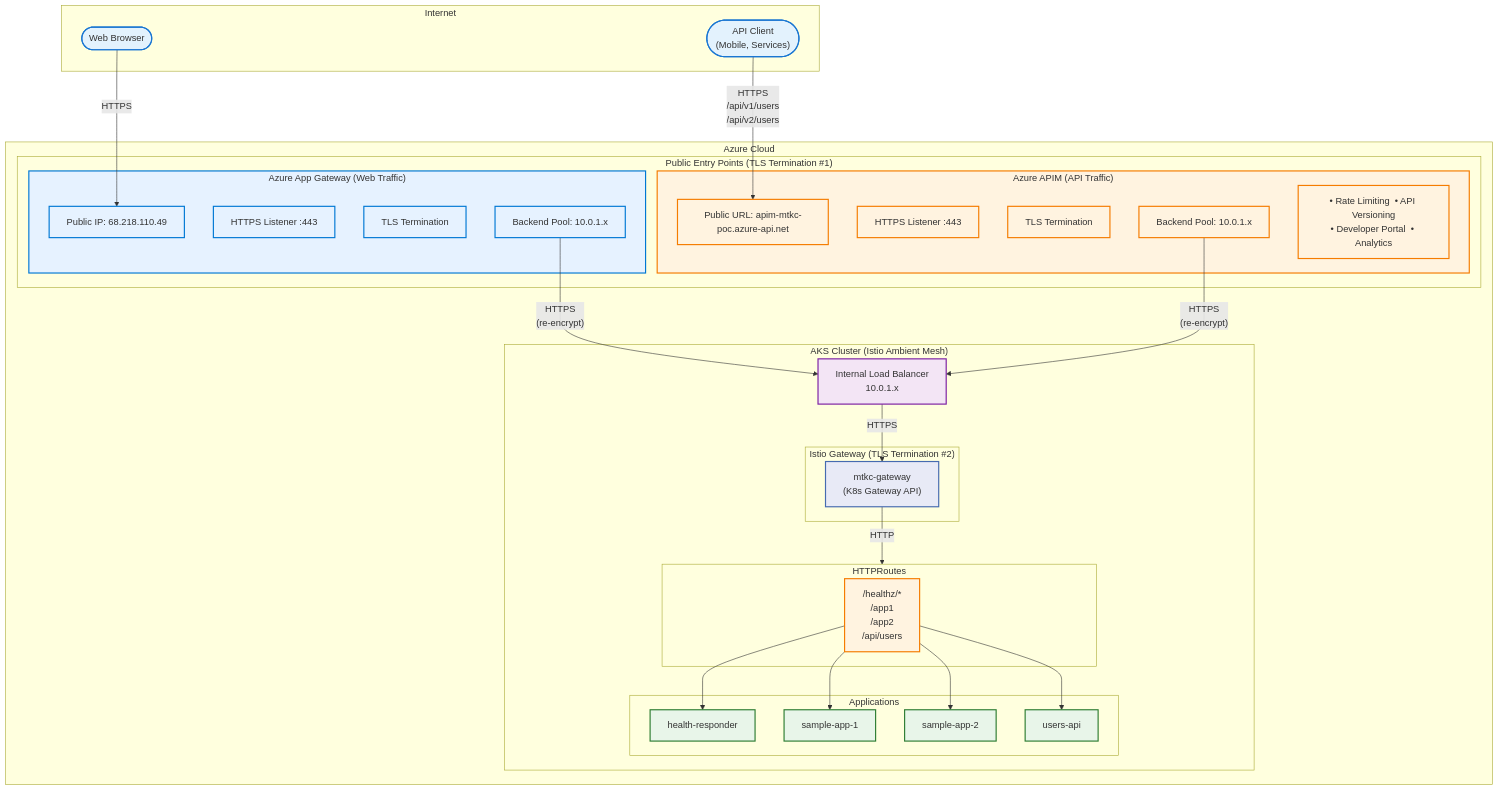
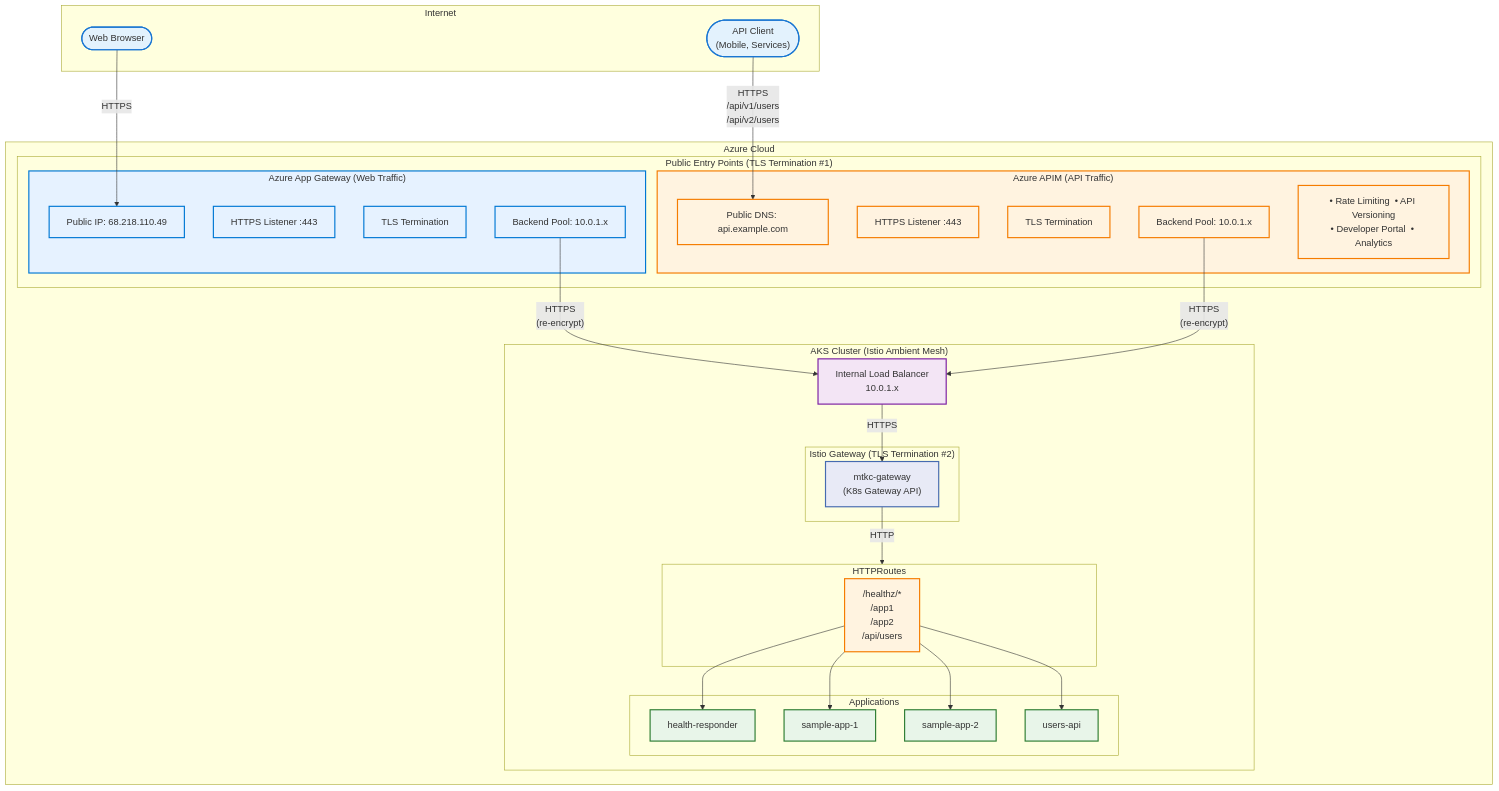
The first of 9 diagrams in README.md (shanaka-versent/AKS-Istio-GatewayAPI-Demo), drawn with Mermaid before and after one commit.

Commit message:
Use generic DNS name for APIM in architecture diagram
Changed from specific Azure domain to generic "api.example.com"
to indicate custom domain support

````diff
--- a/README.md
+++ b/README.md
@@ -82,73 +82,73 @@
 ```mermaid
 flowchart TB
     subgraph Internet["Internet"]
         WebClient(["Web Browser"])
         APIClient(["API Client<br/>(Mobile, Services)"])
     end
 
     subgraph Azure["Azure Cloud"]
         subgraph PublicEntry["Public Entry Points (TLS Termination #1)"]
             subgraph AppGWBox["Azure App Gateway (Web Traffic)"]
                 AppGW_IP["Public IP: 68.218.110.49"]
                 AppGW_Listener["HTTPS Listener :443"]
                 AppGW_TLS["TLS Termination"]
                 AppGW_Backend["Backend Pool: 10.0.1.x"]
             end
             subgraph APIMBox["Azure APIM (API Traffic)"]
-                APIM_URL["Public URL: apim-mtkc-poc.azure-api.net"]
+                APIM_URL["Public DNS: api.example.com"]
                 APIM_Listener["HTTPS Listener :443"]
                 APIM_TLS["TLS Termination"]
                 APIM_Backend["Backend Pool: 10.0.1.x"]
                 APIM_Features["• Rate Limiting  • API Versioning<br/>• Developer Portal  • Analytics"]
             end
         end
 
         subgraph AKS["AKS Cluster (Istio Ambient Mesh)"]
             ILB["Internal Load Balancer<br/>10.0.1.x"]
 
             subgraph Gateway["Istio Gateway (TLS Termination #2)"]
                 GW["mtkc-gateway<br/>(K8s Gateway API)"]
             end
 
             subgraph Routes["HTTPRoutes"]
                 AllRoutes["/healthz/*<br/>/app1<br/>/app2<br/>/api/users"]
             end
 
             subgraph Apps["Applications"]
                 HealthApp["health-responder"]
                 WebApp1["sample-app-1"]
                 WebApp2["sample-app-2"]
                 UsersAPI["users-api"]
             end
         end
     end
 
     WebClient -->|"HTTPS"| AppGW_IP
     APIClient -->|"HTTPS<br/>/api/v1/users<br/>/api/v2/users"| APIM_URL
 
     AppGW_Backend -->|"HTTPS<br/>(re-encrypt)"| ILB
     APIM_Backend -->|"HTTPS<br/>(re-encrypt)"| ILB
 
     ILB -->|"HTTPS"| GW
     GW -->|"HTTP"| Routes
     AllRoutes --> HealthApp
     AllRoutes --> WebApp1
     AllRoutes --> WebApp2
     AllRoutes --> UsersAPI
 
     classDef internet fill:#e3f2fd,stroke:#1976d2,stroke-width:2px
     classDef appgw fill:#e6f2ff,stroke:#0078d4,stroke-width:2px
     classDef apim fill:#fff3e0,stroke:#f57c00,stroke-width:2px
     classDef ilb fill:#f3e5f5,stroke:#7b1fa2,stroke-width:2px
     classDef gateway fill:#e8eaf6,stroke:#466bb0,stroke-width:2px
     classDef routes fill:#fff3e0,stroke:#f57c00,stroke-width:2px
     classDef apps fill:#e8f5e9,stroke:#2e7d32,stroke-width:2px
 
     class WebClient,APIClient internet
     class AppGWBox,AppGW_IP,AppGW_Listener,AppGW_TLS,AppGW_Backend appgw
     class APIMBox,APIM_URL,APIM_Listener,APIM_TLS,APIM_Backend,APIM_Features apim
     class ILB ilb
     class GW gateway
     class AllRoutes routes
     class HealthApp,WebApp1,WebApp2,UsersAPI apps
 ```
````
